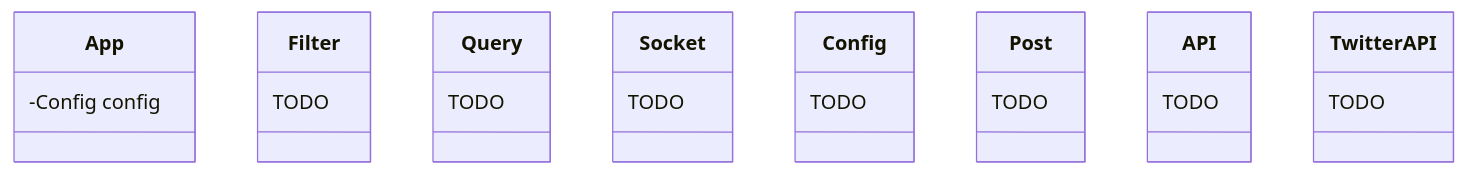
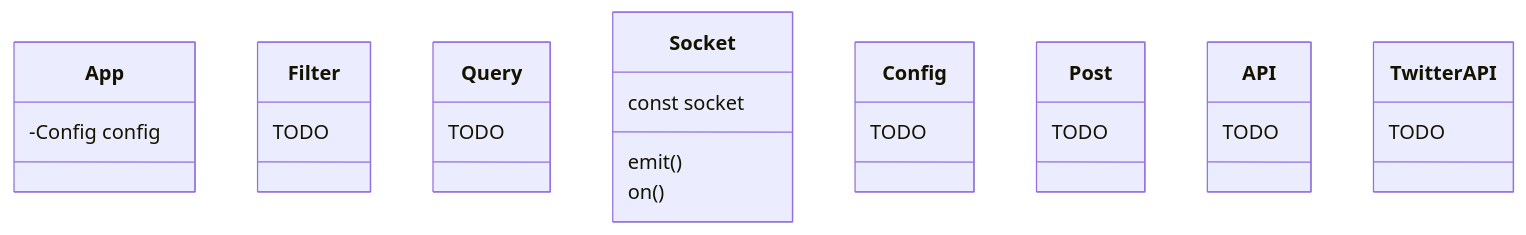
One commit to WallCaster/WallCaster changed the first of 3 diagrams in doc/architecture-report.md. Above: the diagram before and after it, drawn with Mermaid.

````diff
--- a/doc/architecture-report.md
+++ b/doc/architecture-report.md
@@ -10,36 +10,38 @@
 ```mermaid
 classDiagram
 class App {
   -Config config
 }
 
 class Filter {
   TODO 
 }
 
 class Query {
   TODO 
 }
 
 class Socket {
-  TODO 
+  const socket
+  emit()
+  on() 
 }
 
 class Config {
   TODO 
 }
 
 class Post {
   TODO 
 }
 
 class API {
   TODO
 }
 
 class TwitterAPI {
   TODO 
 }
 
 
 ```
````
